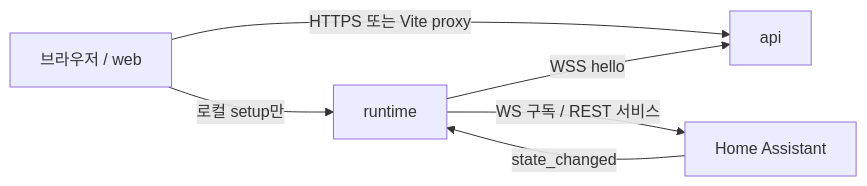
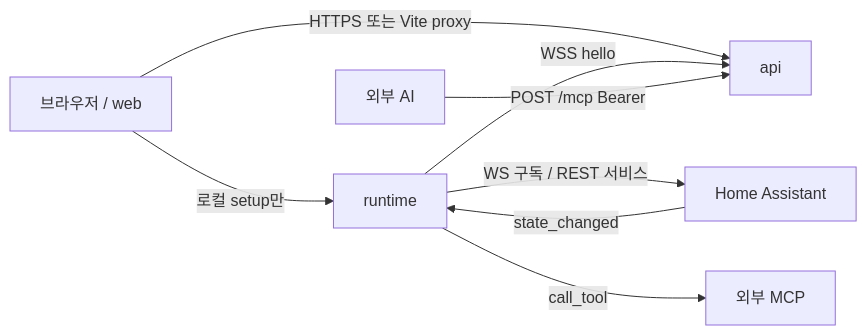
One commit to jiwonMe/howling changed the diagram in docs/product/01-overview.md. Above: the diagram before and after it, drawn with Mermaid. The commit also changed other lines of this file and 137 other files, not shown here.

````diff
--- a/docs/product/01-overview.md
+++ b/docs/product/01-overview.md
@@ -9,13 +9,16 @@
 ```mermaid
 flowchart LR
     Browser["브라우저 / web"]
     API["api"]
     Runtime["runtime"]
     HA["Home Assistant"]
+    MCP["외부 MCP"]
 
     Browser -->|"HTTPS 또는 Vite proxy"| API
     Browser -->|"로컬 setup만"| Runtime
     Runtime -->|"WSS hello"| API
     Runtime -->|"WS 구독 / REST 서비스"| HA
+    Runtime -->|"call_tool"| MCP
     HA -->|"state_changed"| Runtime
+    ExternalAI["외부 AI"] -->|"POST /mcp Bearer"| API
 ```
````
